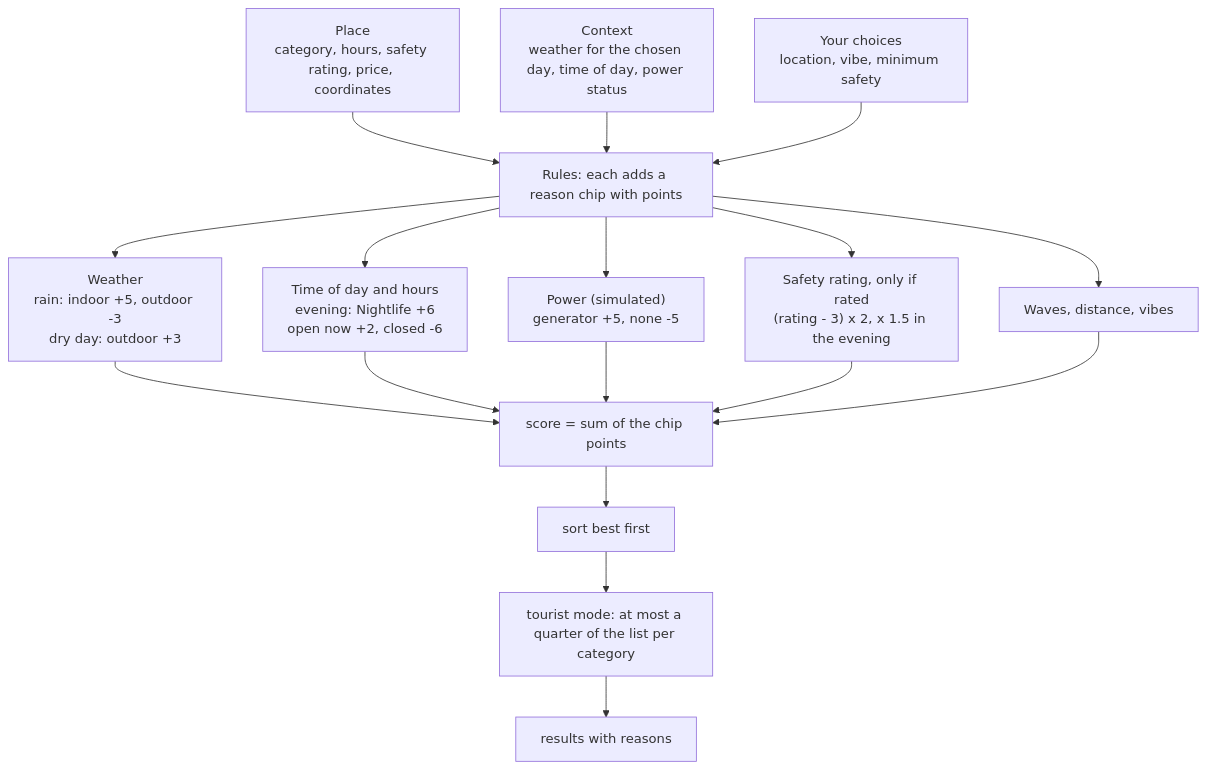
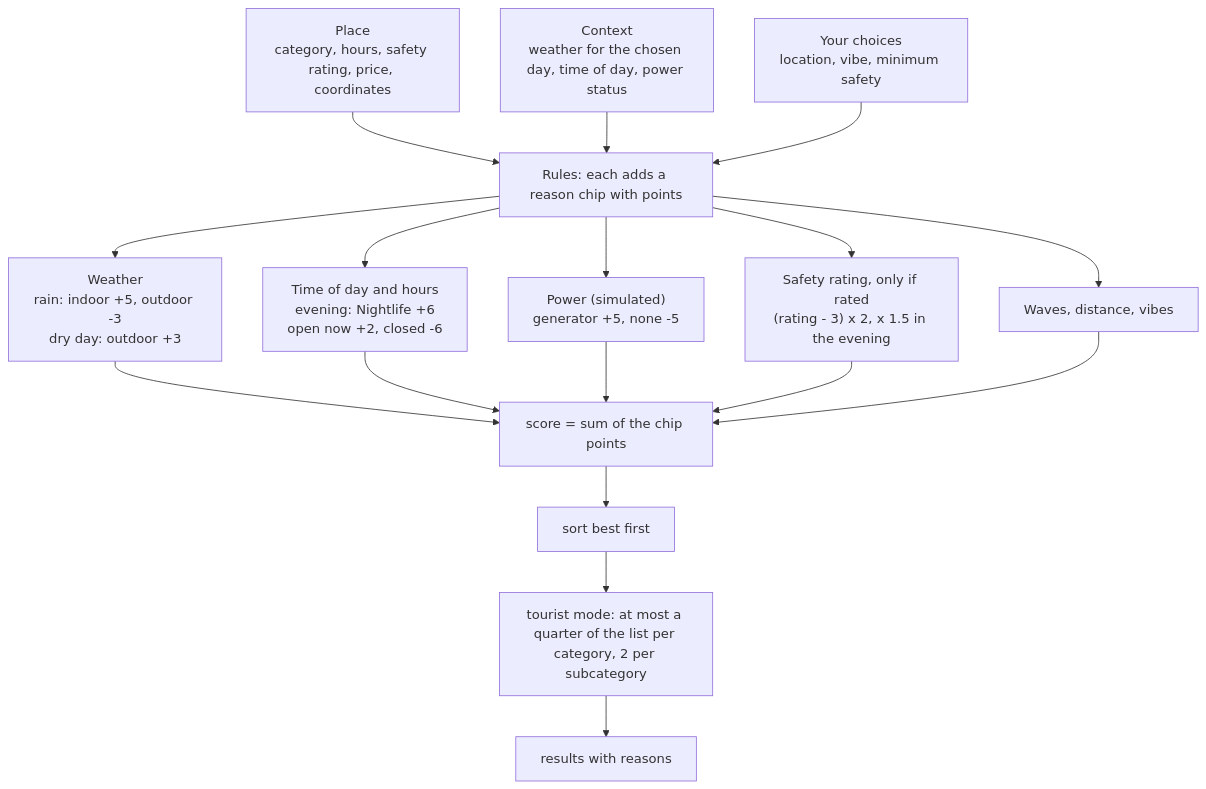
The third of 6 diagrams in README.md (ntokozo078/travel-recommender-kzn), drawn with Mermaid before and after one commit. The commit also changed other lines of this file and 17 other files, not shown here.

First line of the commit message:
feat: food and shopping places, tourist-mix subcategory cap, optional SAPS area notes

````diff
--- a/README.md
+++ b/README.md
@@ -169,20 +169,20 @@
 ```mermaid
 flowchart TD
     P["Place<br/>category, hours, safety rating, price, coordinates"] --> S
     X["Context<br/>weather for the chosen day, time of day, power status"] --> S
     U["Your choices<br/>location, vibe, minimum safety"] --> S
     S["Rules: each adds a reason chip with points"]
     S --> W["Weather<br/>rain: indoor +5, outdoor -3<br/>dry day: outdoor +3"]
     S --> T["Time of day and hours<br/>evening: Nightlife +6<br/>open now +2, closed -6"]
     S --> E["Power (simulated)<br/>generator +5, none -5"]
     S --> A["Safety rating, only if rated<br/>(rating - 3) x 2, x 1.5 in the evening"]
     S --> V["Waves, distance, vibes"]
     W --> Q["score = sum of the chip points"]
     T --> Q
     E --> Q
     A --> Q
     V --> Q
     Q --> O["sort best first"]
-    O --> K["tourist mode: at most a quarter of the list per category"]
+    O --> K["tourist mode: at most a quarter of the list per category, 2 per subcategory"]
     K --> R["results with reasons"]
 ```
````
